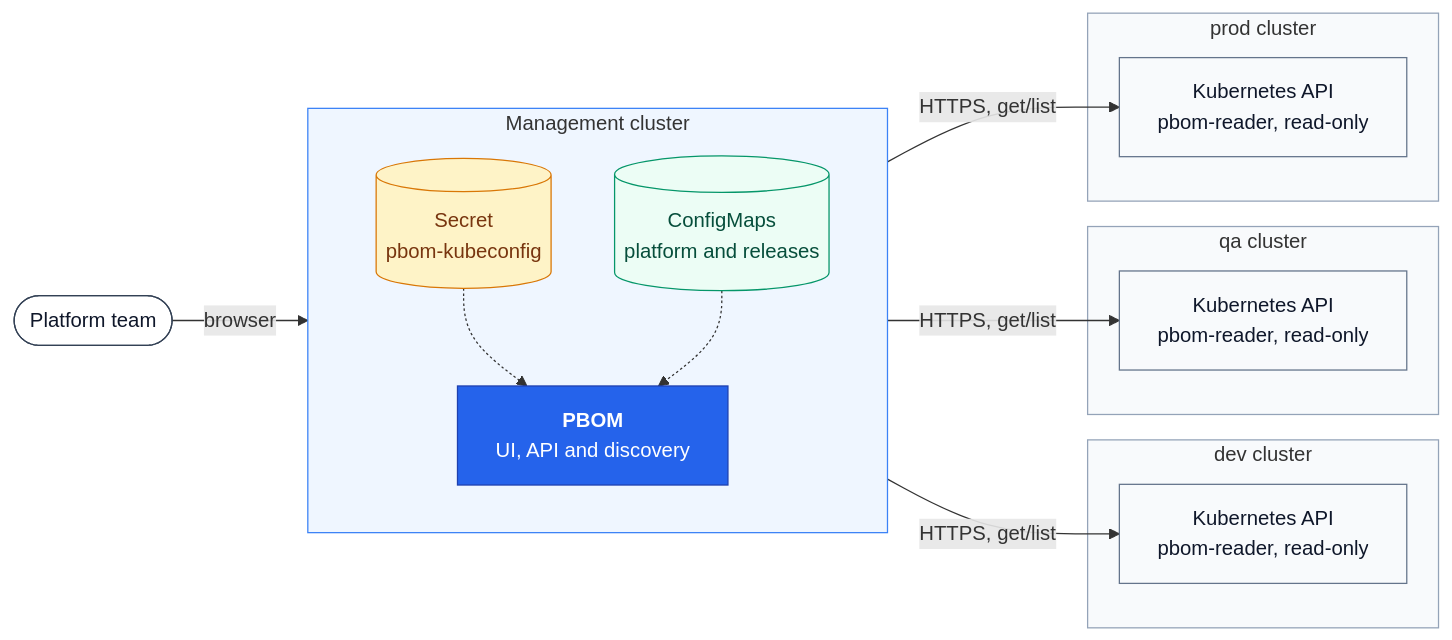
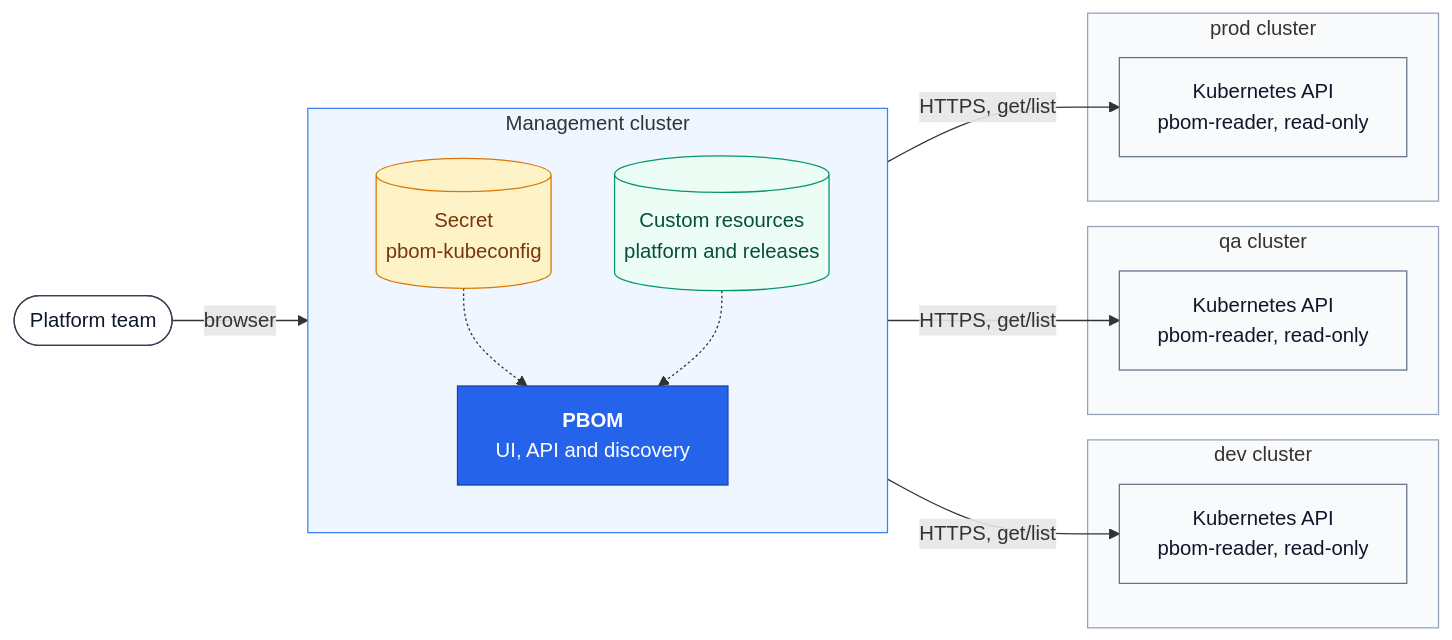
One commit to ravibagri5/platform-bom changed the second of 5 diagrams in docs/multi-cluster.md. Above: the diagram before and after it, drawn with Mermaid. The commit also changed other lines of this file and 52 other files, not shown here.

First line of the commit message:
feat!: platform resources as Kubernetes custom resources; prepare v1.0.0 (#59)

````diff
--- a/docs/multi-cluster.md
+++ b/docs/multi-cluster.md
@@ -49,38 +49,38 @@
 ```mermaid
 flowchart LR
     user(["Platform team"]):::person
 
     subgraph mgmt["Management cluster"]
         direction TB
         pbom["<b>PBOM</b><br/>UI, API and discovery"]:::pbom
         kubeconfig[("Secret<br/>pbom-kubeconfig")]:::secret
-        config[("ConfigMaps<br/>platform and releases")]:::config
+        config[("Custom resources<br/>platform and releases")]:::config
         kubeconfig -.-> pbom
         config -.-> pbom
     end
 
     subgraph dev["dev cluster"]
         devapi["Kubernetes API<br/>pbom-reader, read-only"]:::api
     end
     subgraph qa["qa cluster"]
         qaapi["Kubernetes API<br/>pbom-reader, read-only"]:::api
     end
     subgraph prod["prod cluster"]
         prodapi["Kubernetes API<br/>pbom-reader, read-only"]:::api
     end
 
     user -- "browser" --> pbom
     pbom -- "HTTPS, get/list" --> devapi
     pbom -- "HTTPS, get/list" --> qaapi
     pbom -- "HTTPS, get/list" --> prodapi
 
     classDef person fill:#ffffff,stroke:#334155,color:#0f172a
     classDef pbom fill:#2563eb,stroke:#1e40af,color:#ffffff
     classDef secret fill:#fef3c7,stroke:#d97706,color:#78350f
     classDef config fill:#ecfdf5,stroke:#059669,color:#064e3b
     classDef api fill:#f8fafc,stroke:#64748b,color:#0f172a
     style mgmt fill:#eff6ff,stroke:#3b82f6
     style dev fill:#f8fafc,stroke:#94a3b8
     style qa fill:#f8fafc,stroke:#94a3b8
     style prod fill:#f8fafc,stroke:#94a3b8
 ```
````
